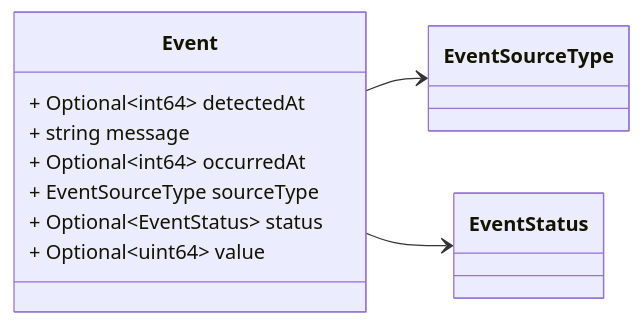
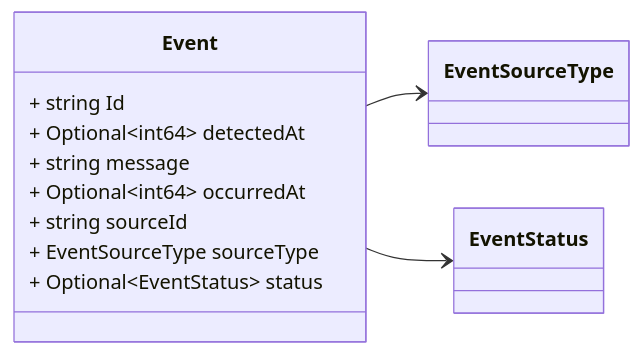
The third of 3 diagrams in docs/event.proto.md (zaphiro-technologies/protobuf), drawn with Mermaid before and after one commit. The commit also changed other lines of this file and 14 other files, not shown here.

````diff
--- a/docs/event.proto.md
+++ b/docs/event.proto.md
@@ -79,24 +87,25 @@
 ```mermaid
 classDiagram
 direction LR
 
 %% A generic event.
 %% Headers used in rabbitMQ (only if not sent as part of `DataSet`):
 %% * `id`: id of the `Event`
 %% * `type`: always `Event`
 %% * `sourceId`: the id of the source (e.g. a PMU) that generated the event.
 %% * `timestampId`: related measurement Unix msec timestamp (if any)
 %% 
 
 class Event {
+  + string Id
   + Optional~int64~ detectedAt
   + string message
   + Optional~int64~ occurredAt
+  + string sourceId
   + EventSourceType sourceType
   + Optional~EventStatus~ status
-  + Optional~uint64~ value
 }
 Event --> `EventSourceType`
 Event --> `EventStatus`
 
 ```
````
